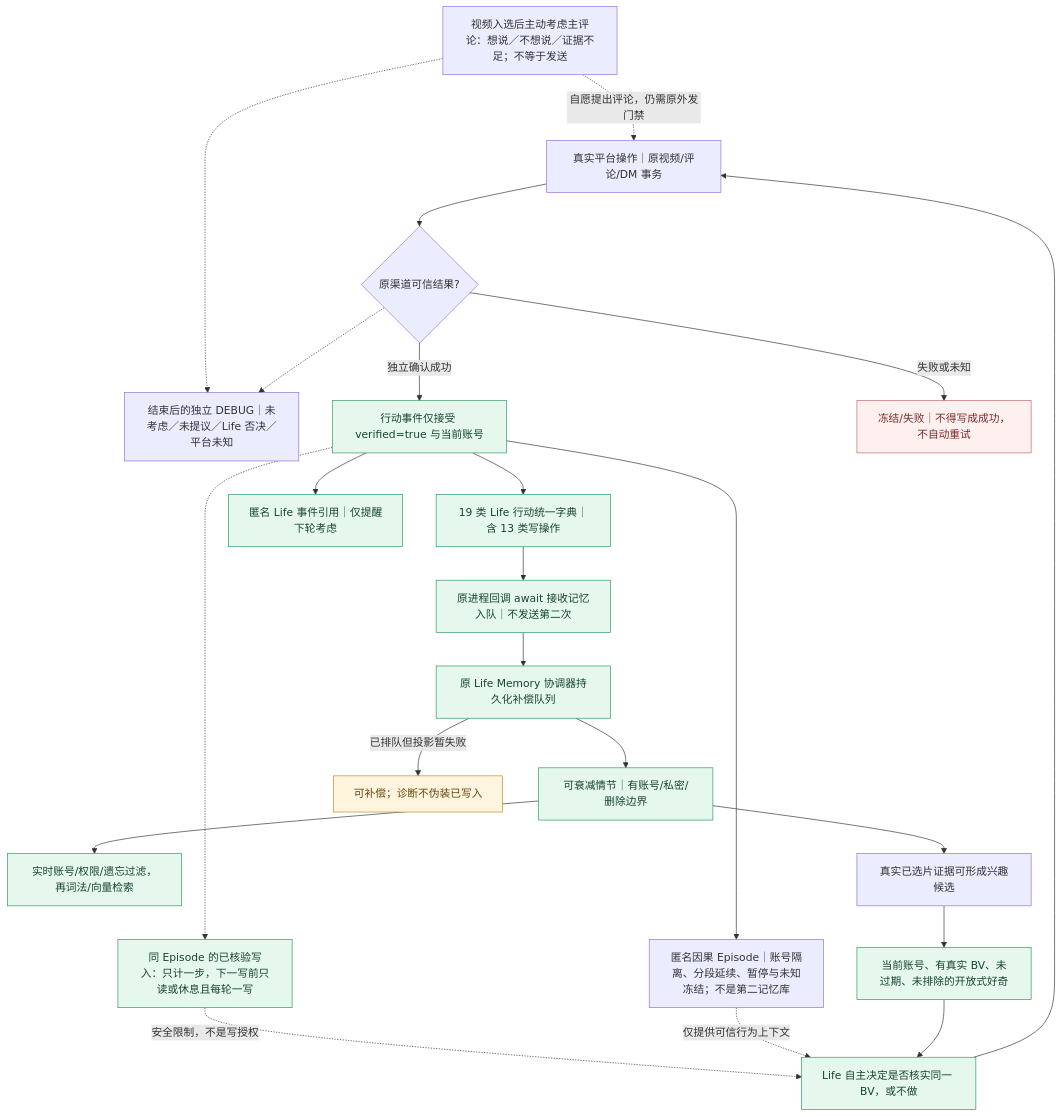
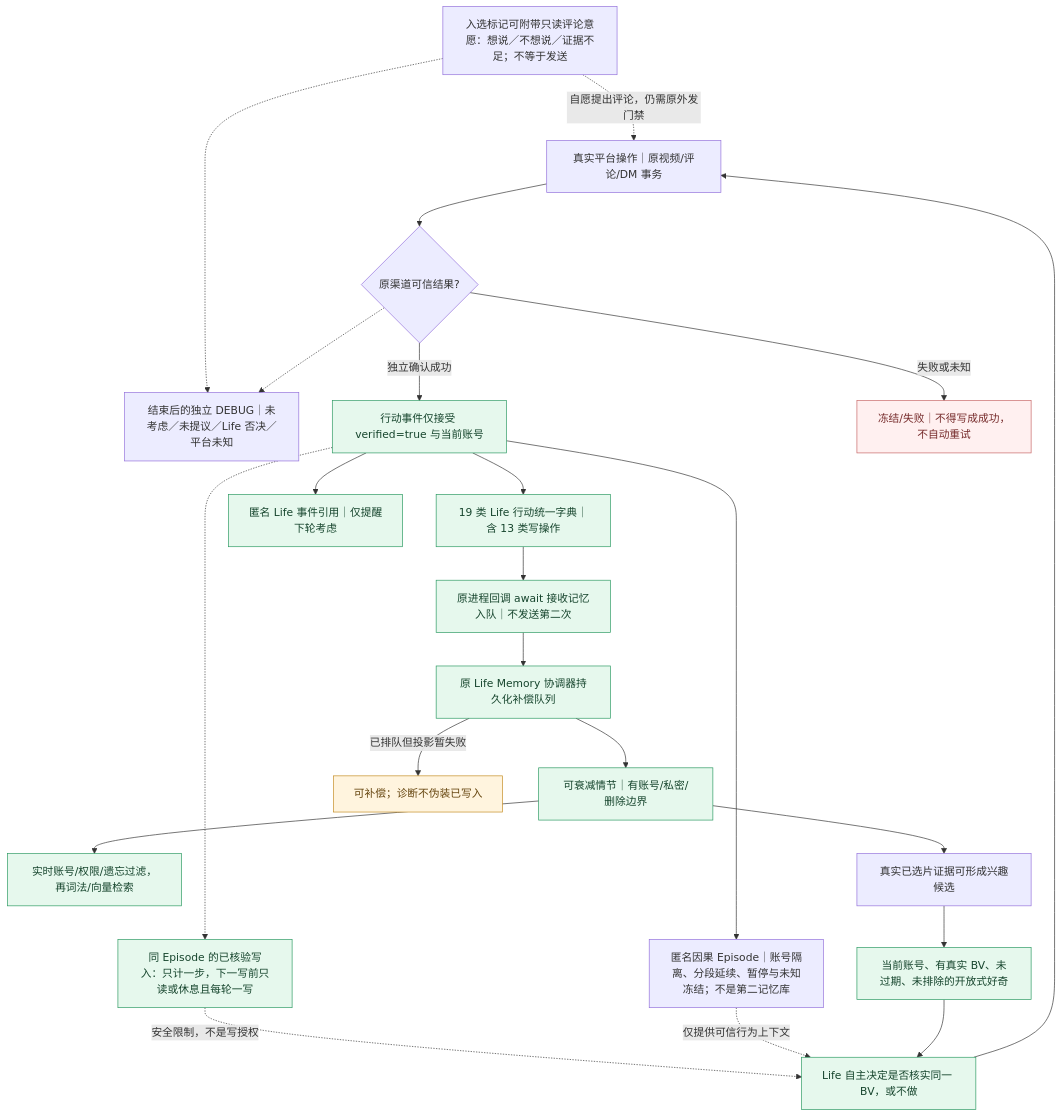
One commit to minedalang/dsh-dafeiyu-life changed the diagram in docs/architecture/diagrams/life-receipt-memory-current.mmd. Above: the diagram before and after it, drawn with Mermaid. The commit also changed 23 other files, not shown here.

```diff
--- a/docs/architecture/diagrams/life-receipt-memory-current.mmd
+++ b/docs/architecture/diagrams/life-receipt-memory-current.mmd
@@ -1,64 +1,66 @@
 %% 同版本 Life 补链维护：模型/菜单不是平台成功证据
 %% @code source | lib/life-video-action-bridge.mjs | createLifeVideoActionBridge
 %% @code commentReview | vendor/bilibili-mcp/mcp_server.py | async def bili_comment_consideration
 %% @code commentOutcome | lib/video-comment-readiness.mjs | classifyVideoCommentRound
 %% @code catalog | lib/life-action-memory.mjs | LIFE_ACTION_NAMES
 %% @code verified | lib/life-action-memory.mjs | export function verifiedLifeActionEvent
 %% @code wake | lib/life-agent-events.mjs | VERIFIED_COMPLETION_KINDS
 %% @code outbox | lib/life-memory-coordinator.mjs | createLifeMemoryCoordinator
 %% @code episode | lib/life-memory-gateway.mjs | function asEpisode
 %% @code recall | lib/life-memory-gateway.mjs | function recall
 %% @code growth | lib/life-interests.mjs | recordInterestEvents
 %% @code curiosity | lib/life-interests.mjs | scopedCuriosityOpportunityEvidence
 %% @code planner | lib/autonomous-planner.mjs | export function plannerActionMenu
 %% @code bridge | index.js | const rememberVerifiedLifeAction
 %% @code unknown | lib/life-continuation-write.mjs | status:'uncertain'
 flowchart TB
   source["真实平台操作｜原视频/评论/DM 事务"]
   universalCausal["匿名因果 Episode｜账号隔离、分段延续、暂停与未知冻结；不是第二记忆库"]
   postWrite["同 Episode 的已核验写入：只计一步，下一写前只读或休息且每轮一写"]
-  commentReview["视频入选后主动考虑主评论：想说／不想说／证据不足；不等于发送"]
+  commentReview["入选标记可附带只读评论意愿：想说／不想说／证据不足；不等于发送"]
   commentOutcome["结束后的独立 DEBUG｜未考虑／未提议／Life 否决／平台未知"]
   receipt{"原渠道可信结果?"}
   verified["行动事件仅接受 verified=true 与当前账号"]
   unknown["冻结/失败｜不得写成成功，不自动重试"]
   catalog["19 类 Life 行动统一字典｜含 13 类写操作"]
   wake["匿名 Life 事件引用｜仅提醒下轮考虑"]
   bridge["原进程回调 await 接收记忆入队｜不发送第二次"]
   outbox["原 Life Memory 协调器持久化补偿队列"]
   episode["可衰减情节｜有账号/私密/删除边界"]
   pending["可补偿；诊断不伪装已写入"]
   recall["实时账号/权限/遗忘过滤，再词法/向量检索"]
   growth["真实已选片证据可形成兴趣候选"]
   curiosity["当前账号、有真实 BV、未过期、未排除的开放式好奇"]
   planner["Life 自主决定是否核实同一 BV，或不做"]
   commentReview -.->|自愿提出评论，仍需原外发门禁| source
   commentReview -.-> commentOutcome
   source --> receipt
   verified -.-> postWrite -.->|安全限制，不是写授权| planner
   receipt -.-> commentOutcome
   receipt -->|独立确认成功| verified
   receipt -->|失败或未知| unknown
   verified --> catalog
   verified --> universalCausal
   verified --> wake
   catalog --> bridge
   bridge --> outbox
   outbox --> episode
   outbox -->|已排队但投影暂失败| pending
   episode --> recall
   universalCausal -.->|仅提供可信行为上下文| planner
   episode --> growth
   growth --> curiosity
   curiosity --> planner
   planner --> source
   classDef green fill:#e6f8ed,stroke:#2a9961,color:#16452d
   classDef yellow fill:#fff4de,stroke:#c48a20,color:#65440d
   classDef red fill:#fff0f0,stroke:#c66565,color:#762b2b
   class verified,catalog,wake,bridge,outbox,episode,recall,curiosity,planner,postWrite green
   class pending yellow
   class unknown red
 
 %% @code postWrite | lib/life-opportunities.mjs | entry.writeAftercare='read-or-rest'
 
 %% @code universalCausal | lib/life-universal-episodes.mjs | export function createUniversalLifeEpisodes
+
+%% @code commentReview | vendor/bilibili-mcp/mcp_server.py | async def bili_ledger_mark
```
